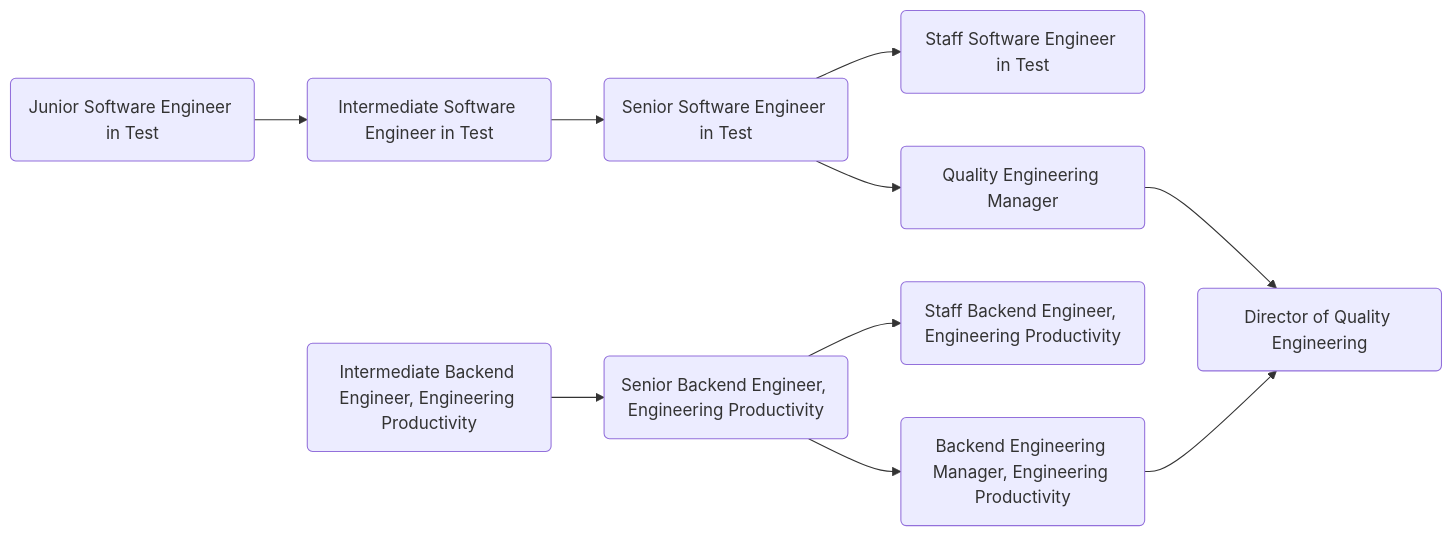
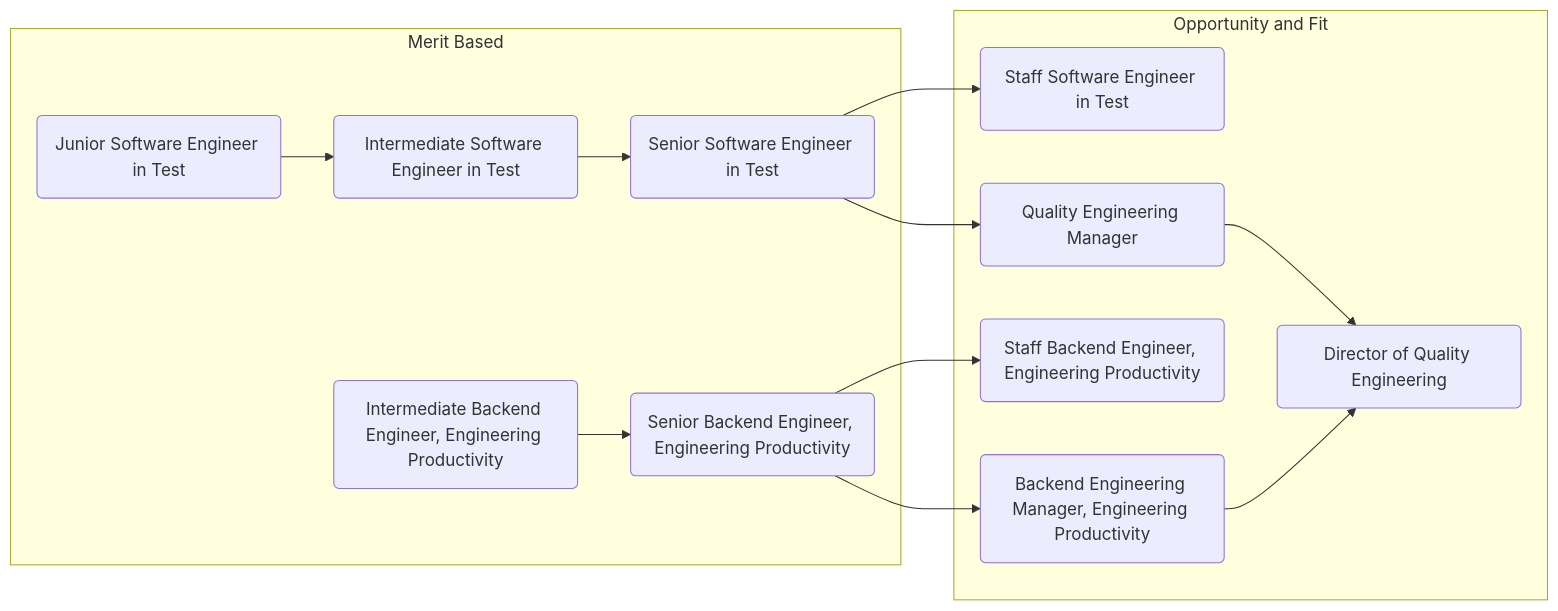
Before and after one commit to secretstartups/handbook: the third of 6 diagrams in career-development/index.html.md, drawn with Mermaid. The commit also changed other lines of this file, not shown here.

Commit message:
Added subgraphs to all mermaid diagrams

````diff
--- a/career-development/index.html.md
+++ b/career-development/index.html.md
@@ -188,25 +200,30 @@
 ```mermaid
   graph LR;
-  qual:jset(Junior Software Engineer in Test)-->qual:iset(Intermediate Software Engineer in Test);
-  qual:iset(Intermediate Software Engineer in Test)-->qual:sset(Senior Software Engineer in Test);
-  qual:sset(Senior Software Engineer in Test)-->qual:stset(Staff Software Engineer in Test);
-  qual:sset(Senior Software Engineer in Test)-->qual:qem(Quality Engineering Manager);
+  subgraph Merit Based
+    qual:jset(Junior Software Engineer in Test)-->qual:iset(Intermediate Software Engineer in Test);
+    qual:iset(Intermediate Software Engineer in Test)-->qual:sset(Senior Software Engineer in Test);
+    qual:ibeep(Intermediate Backend Engineer, Engineering Productivity)-->qual:sbeep(Senior Backend Engineer, Engineering Productivity); 
+  end
 
-  qual:ibeep(Intermediate Backend Engineer, Engineering Productivity)-->qual:sbeep(Senior Backend Engineer, Engineering Productivity);
-  qual:sbeep(Senior Backend Engineer, Engineering Productivity)-->qual:stbeep(Staff Backend Engineer, Engineering Productivity);
-  qual:sbeep(Senior Backend Engineer, Engineering Productivity)-->qual:bemep(Backend Engineering Manager, Engineering Productivity);
+  subgraph Opportunity and Fit
+    qual:sset(Senior Software Engineer in Test)-->qual:stset(Staff Software Engineer in Test);
+    qual:sset(Senior Software Engineer in Test)-->qual:qem(Quality Engineering Manager);
 
-  qual:bemep(Backend Engineering Manager, Engineering Productivity)-->qual:dqe(Director of Quality Engineering);
-  qual:qem(Quality Engineering Manager)-->qual:dqe(Director of Quality Engineering);
+    qual:sbeep(Senior Backend Engineer, Engineering Productivity)-->qual:stbeep(Staff Backend Engineer, Engineering Productivity);
+    qual:sbeep(Senior Backend Engineer, Engineering Productivity)-->qual:bemep(Backend Engineering Manager, Engineering Productivity);
+
+    qual:bemep(Backend Engineering Manager, Engineering Productivity)-->qual:dqe(Director of Quality Engineering);
+    qual:qem(Quality Engineering Manager)-->qual:dqe(Director of Quality Engineering); 
+  end
 
   click qual:jset "/job-families/engineering/software-engineer-in-test#junior-software-engineer-in-test";
   click qual:iset "/job-families/engineering/software-engineer-in-test#intermediate-software-engineer-in-test";
   click qual:sset "/job-families/engineering/software-engineer-in-test#senior-software-engineer-in-test";
   click qual:stset "/job-families/engineering/software-engineer-in-test#staff-software-engineer-in-test";
   click qual:ibeep "/job-families/engineering/backend-engineer/#engineering-productivity";
   click qual:sbeep "/job-families/engineering/backend-engineer/#engineering-productivity";
   click qual:stbeep "/job-families/engineering/backend-engineer/#engineering-productivity";
   click qual:bemep "/job-families/engineering/backend-engineer/#backend-manager-engineering";
   click qual:qem "/job-families/engineering/engineering-management-quality/#quality-engineering-manager";
   click qual:dqe "/job-families/engineering/engineering-management-quality/#director-of-quality-engineering";
 ```
````
